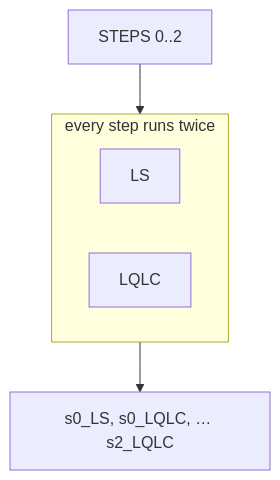
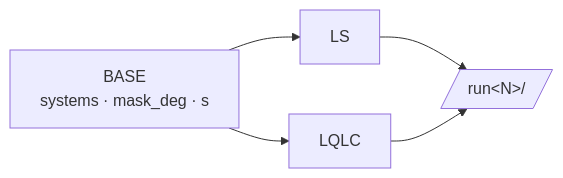
Before and after one commit to sing456123/FYP: the first of 11 diagrams in README.md, drawn with Mermaid. The commit also changed other lines of this file and 1 other file, not shown here.

First line of the commit message:
Drop correction steps: cor_pseudo already has iono, tropo, Sagnac

````diff
--- a/README.md
+++ b/README.md
@@ -24,8 +18,7 @@
 ```mermaid
-flowchart TB
-    subgraph each [every step runs twice]
-        LS["LS"]
-        LQ["LQLC"]
-    end
-    STEPS["STEPS 0..2"] --> each --> CFG["s0_LS, s0_LQLC, … s2_LQLC"]
+flowchart LR
+    B["BASE<br/>systems · mask_deg · s"] --> LS["LS"]
+    B --> LQ["LQLC"]
+    LS --> R[/"run&lt;N&gt;/"/]
+    LQ --> R
 ```
````
